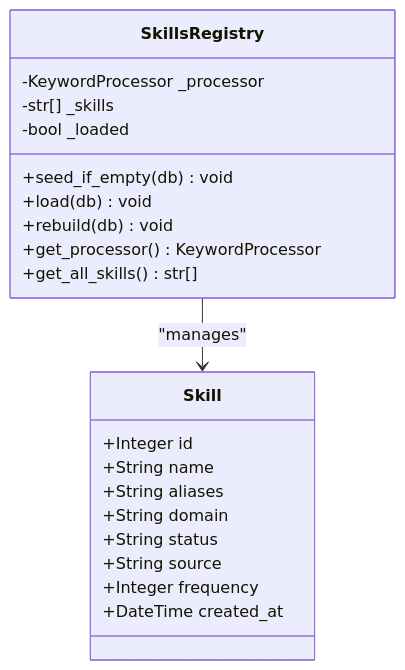
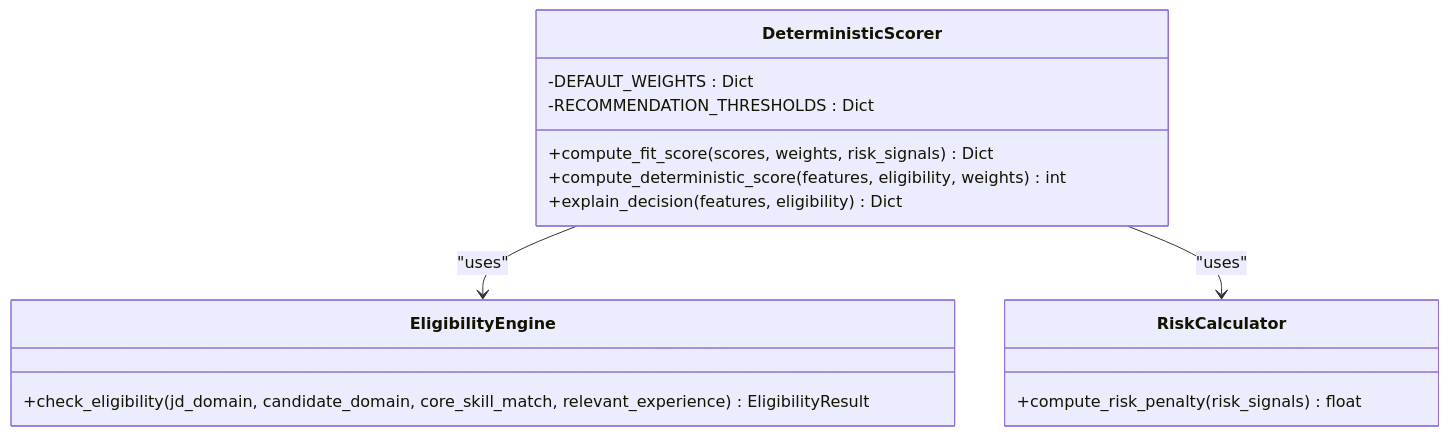
One commit to Revanththetalogics/aireume changed the second of 10 diagrams in .qoder/repowiki/en/content/Hybrid Pipeline.md. Above: the diagram before and after it, drawn with Mermaid. The commit also changed other lines of this file and 21 other files, not shown here.

Commit message:
add domain-clustered skill taxonomy and two-pass validation to fix false positives; unlock tenant weight customization

````diff
--- a/.qoder/repowiki/en/content/Hybrid Pipeline.md
+++ b/.qoder/repowiki/en/content/Hybrid Pipeline.md
@@ -148,24 +152,18 @@
 ```mermaid
 classDiagram
-class SkillsRegistry {
--KeywordProcessor _processor
--str[] _skills
--bool _loaded
-+seed_if_empty(db) void
-+load(db) void
-+rebuild(db) void
-+get_processor() KeywordProcessor
-+get_all_skills() str[]
+class DeterministicScorer {
+-DEFAULT_WEIGHTS : Dict
+-RECOMMENDATION_THRESHOLDS : Dict
++compute_fit_score(scores, weights, risk_signals) Dict
++compute_deterministic_score(features, eligibility, weights) int
++explain_decision(features, eligibility) Dict
 }
-class Skill {
-+Integer id
-+String name
-+String aliases
-+String domain
-+String status
-+String source
-+Integer frequency
-+DateTime created_at
+class EligibilityEngine {
++check_eligibility(jd_domain, candidate_domain, core_skill_match, relevant_experience) EligibilityResult
 }
-SkillsRegistry --> Skill : "manages"
+class RiskCalculator {
++compute_risk_penalty(risk_signals) float
+}
+DeterministicScorer --> EligibilityEngine : "uses"
+DeterministicScorer --> RiskCalculator : "uses"
 ```
````
